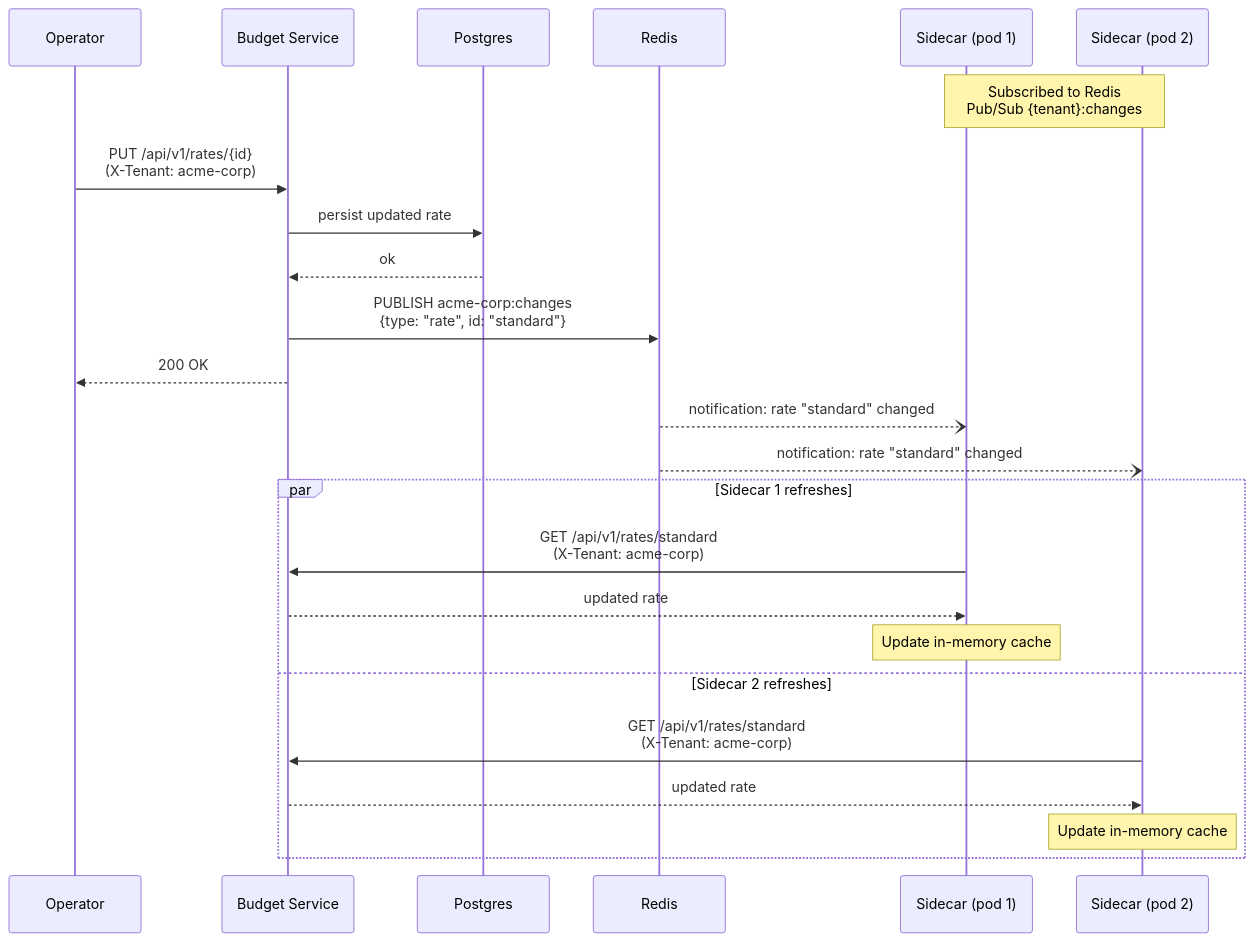
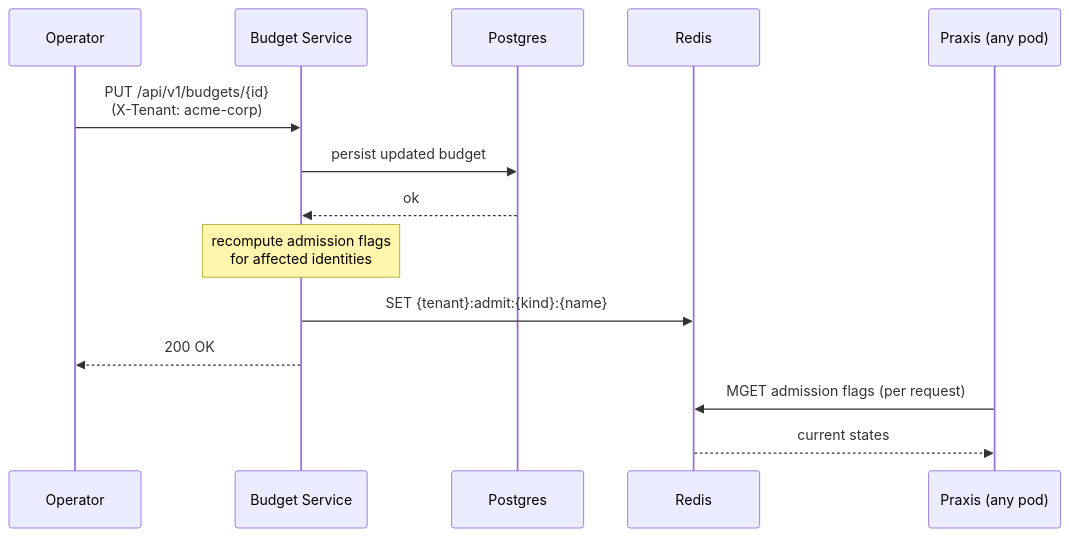
Before and after one commit to opendatahub-io/architecture-decision-records: the third of 3 diagrams in architecture-decision-records/ai-gateway/ODH-ADR-0001-Tokenomics.md, drawn with Mermaid. The commit also changed other lines of this file, not shown here.

First line of the commit message:
docs: replace sidecar budget checks with a Redis admission flag

````diff
--- a/architecture-decision-records/ai-gateway/ODH-ADR-0001-Tokenomics.md
+++ b/architecture-decision-records/ai-gateway/ODH-ADR-0001-Tokenomics.md
@@ -153,30 +137,18 @@
 ```mermaid
 sequenceDiagram
     participant Operator
     participant BudgetService as Budget Service
     participant Postgres
     participant Redis
-    participant Sidecar1 as Sidecar (pod 1)
-    participant Sidecar2 as Sidecar (pod 2)
+    participant Praxis as Praxis (any pod)
 
-    Note over Sidecar1,Sidecar2: Subscribed to Redis<br>Pub/Sub {tenant}:changes
-
-    Operator->>BudgetService: PUT /api/v1/rates/{id}<br>(X-Tenant: acme-corp)
-    BudgetService->>Postgres: persist updated rate
+    Operator->>BudgetService: PUT /api/v1/budgets/{id}<br>(X-Tenant: acme-corp)
+    BudgetService->>Postgres: persist updated budget
     Postgres-->>BudgetService: ok
-    BudgetService->>Redis: PUBLISH acme-corp:changes<br>{type: "rate", id: "standard"}
+    Note over BudgetService: recompute admission flags<br>for affected identities
+    BudgetService->>Redis: SET {tenant}:admit:{kind}:{name}
     BudgetService-->>Operator: 200 OK
 
-    Redis--)Sidecar1: notification: rate "standard" changed
-    Redis--)Sidecar2: notification: rate "standard" changed
-
-    par Sidecar 1 refreshes
-        Sidecar1->>BudgetService: GET /api/v1/rates/standard<br>(X-Tenant: acme-corp)
-        BudgetService-->>Sidecar1: updated rate
-        Note over Sidecar1: Update in-memory cache
-    and Sidecar 2 refreshes
-        Sidecar2->>BudgetService: GET /api/v1/rates/standard<br>(X-Tenant: acme-corp)
-        BudgetService-->>Sidecar2: updated rate
-        Note over Sidecar2: Update in-memory cache
-    end
+    Praxis->>Redis: MGET admission flags (per request)
+    Redis-->>Praxis: current states
 ```
````
